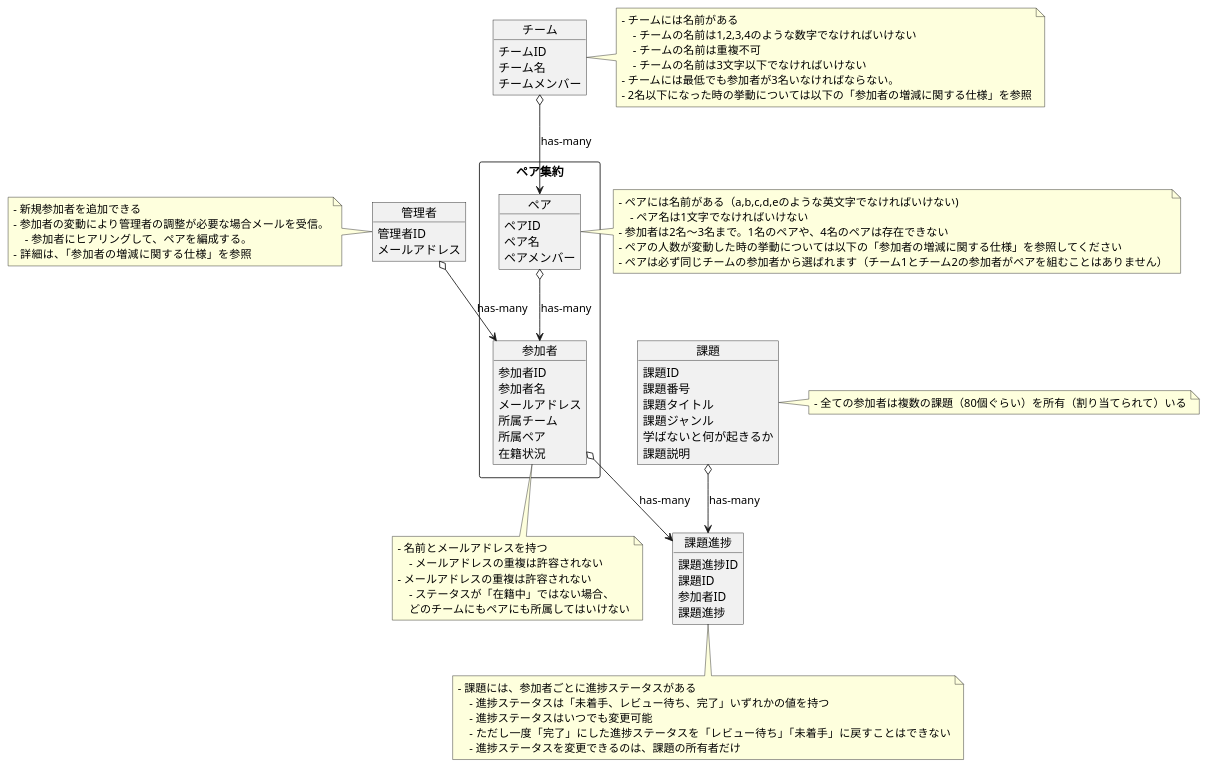
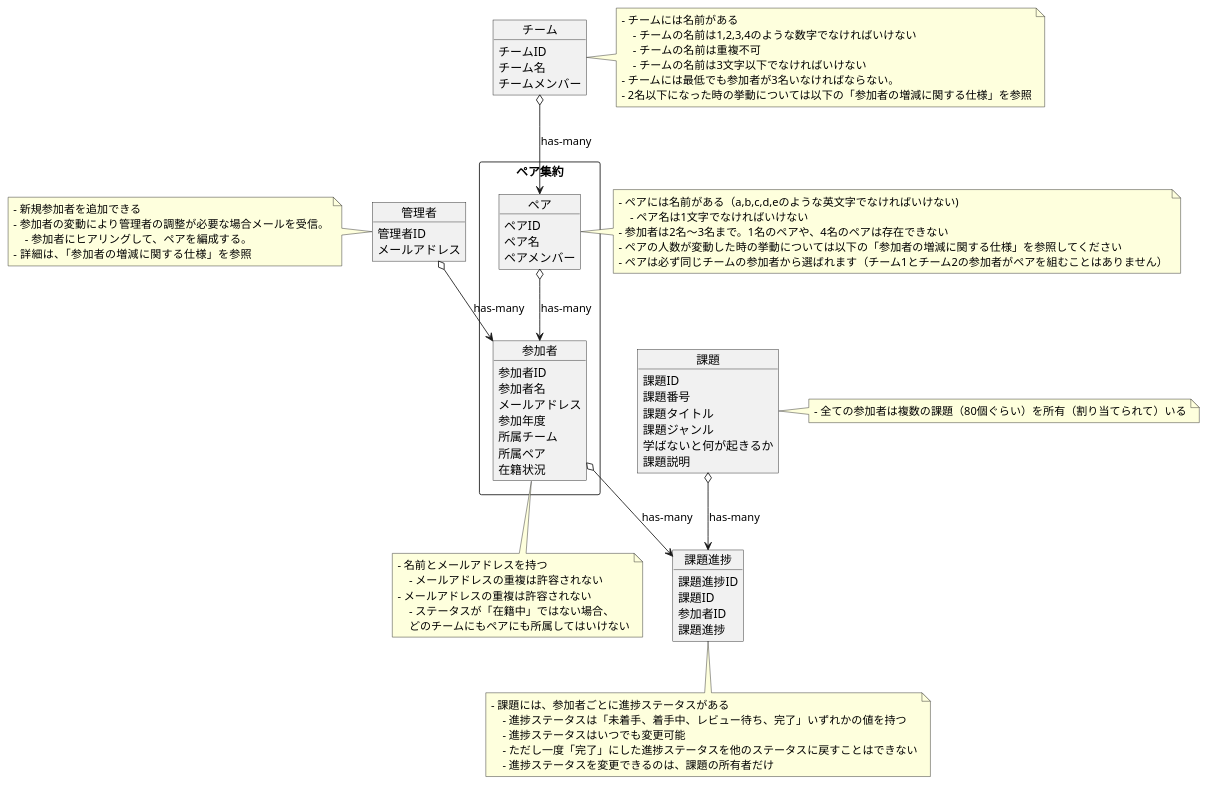
Before and after one commit to praha-inc/praha-challenge-7: the diagram in 95IG7y3HHX7yl4/03_設計/04_特大課題：プラハチャレンジをDDDで実装してみる/ドメインモデル図/plant_uml.pu, drawn with PlantUML. The commit also changed 1 other file, not shown here.

Commit message:
ドメインモデル図の修正

```diff
--- a/95IG7y3HHX7yl4/03_設計/04_特大課題：プラハチャレンジをDDDで実装してみる/ドメインモデル図/plant_uml.pu
+++ b/95IG7y3HHX7yl4/03_設計/04_特大課題：プラハチャレンジをDDDで実装してみる/ドメインモデル図/plant_uml.pu
@@ -1,101 +1,102 @@
 @startuml domain 
 
 object 管理者 {
     管理者ID
     メールアドレス
 }
 
 note left of 管理者 
 - 新規参加者を追加できる
 - 参加者の変動により管理者の調整が必要な場合メールを受信。
     - 参加者にヒアリングして、ペアを編成する。
 - 詳細は、「参加者の増減に関する仕様」を参照
 end note
 
 object 課題 {
     課題ID
     課題番号
     課題タイトル
     課題ジャンル
     学ばないと何が起きるか
     課題説明
 }
 
 note right of 課題 
 - 全ての参加者は複数の課題（80個ぐらい）を所有（割り当てられて）いる
 end note
 
 object 課題進捗 {
     課題進捗ID
     課題ID
     参加者ID
     課題進捗
 }
 
 note bottom of 課題進捗 
 - 課題には、参加者ごとに進捗ステータスがある
-    - 進捗ステータスは「未着手、レビュー待ち、完了」いずれかの値を持つ
+    - 進捗ステータスは「未着手、着手中、レビュー待ち、完了」いずれかの値を持つ
     - 進捗ステータスはいつでも変更可能
-    - ただし一度「完了」にした進捗ステータスを「レビュー待ち」「未着手」に戻すことはできない
+    - ただし一度「完了」にした進捗ステータスを他のステータスに戻すことはできない
     - 進捗ステータスを変更できるのは、課題の所有者だけ
 end note
 
 rectangle ペア集約 {
     object 参加者 {
         参加者ID
         参加者名
         メールアドレス
+        参加年度
         所属チーム
         所属ペア
         在籍状況
     }
 
     object ペア {
         ペアID
         ペア名
         ペアメンバー
     }
 }
 
 object チーム {
     チームID
     チーム名
     チームメンバー
 }
 
 note bottom of 参加者 
 - 名前とメールアドレスを持つ
     - メールアドレスの重複は許容されない
 - メールアドレスの重複は許容されない
     - ステータスが「在籍中」ではない場合、
     どのチームにもペアにも所属してはいけない
 end note
 
 note right of ペア 
 - ペアには名前がある（a,b,c,d,eのような英文字でなければいけない)
     - ペア名は1文字でなければいけない
 - 参加者は2名〜3名まで。1名のペアや、4名のペアは存在できない
 - ペアの人数が変動した時の挙動については以下の「参加者の増減に関する仕様」を参照してください
 - ペアは必ず同じチームの参加者から選ばれます（チーム1とチーム2の参加者がペアを組むことはありません）
 end note
 
 note right of チーム
 - チームには名前がある
     - チームの名前は1,2,3,4のような数字でなければいけない
     - チームの名前は重複不可
     - チームの名前は3文字以下でなければいけない
 - チームには最低でも参加者が3名いなければならない。
 - 2名以下になった時の挙動については以下の「参加者の増減に関する仕様」を参照
 end note
 
 管理者 o--> 参加者 : has-many
 
 参加者 o--> 課題進捗 : has-many
 
 課題 o--> 課題進捗 : has-many
 
 ペア o--> 参加者 : has-many
 
 チーム o--> ペア : has-many
 
 @enduml
```
